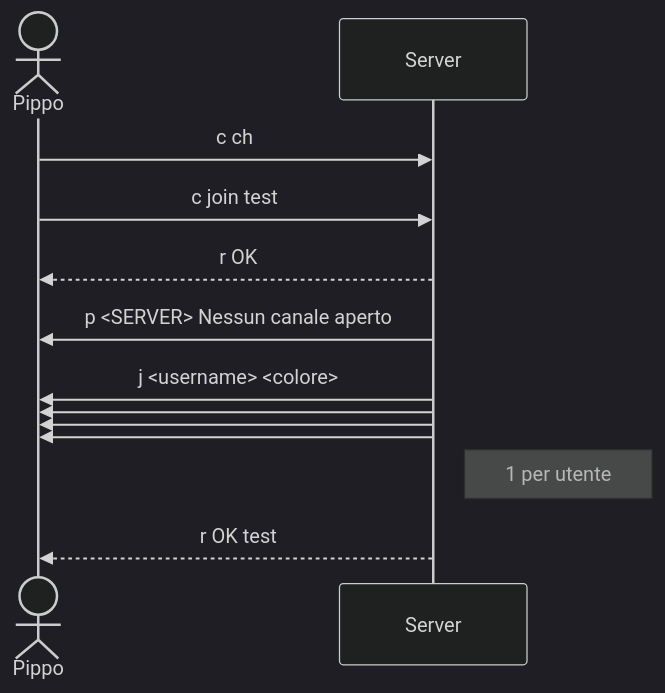
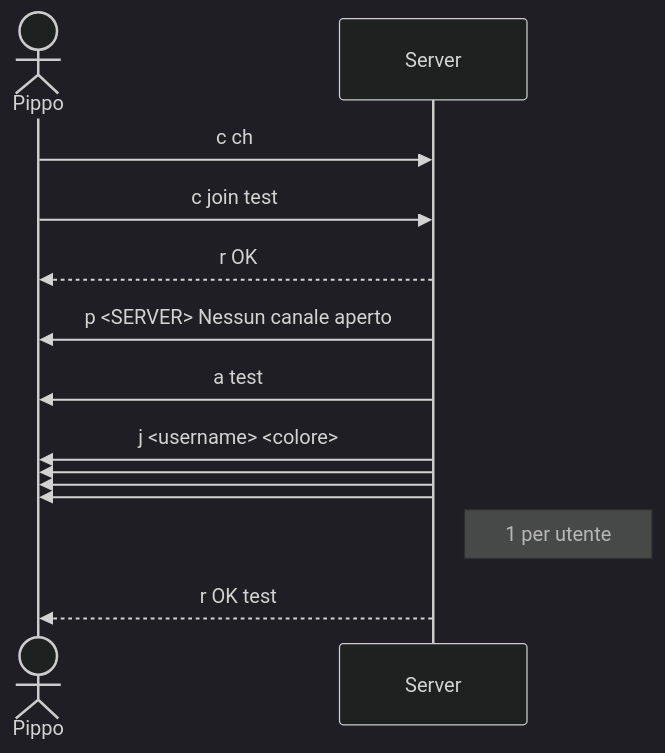
The second of 3 diagrams in README.md (c0alfox/JavaChat), drawn with Mermaid (dark theme) before and after one commit. The commit also changed other lines of this file and 1 other file, not shown here.

````diff
--- a/README.md
+++ b/README.md
@@ -127,17 +127,18 @@
 ```mermaid
 sequenceDiagram
 actor Pippo
 participant Server
 
 Pippo ->> Server: c ch
 Pippo ->> Server: c join test
 Server -->> Pippo: r OK
 Server ->> Pippo: p <SERVER> Nessun canale aperto
+Server ->> Pippo: a test
 Server ->> Pippo: j <username> <colore>
 Server ->> Pippo: 
 Server ->> Pippo: 
 Server ->> Pippo: 
 Note right of Server: 1 per utente
 Server -->> Pippo: r OK test
 
 ```
````
